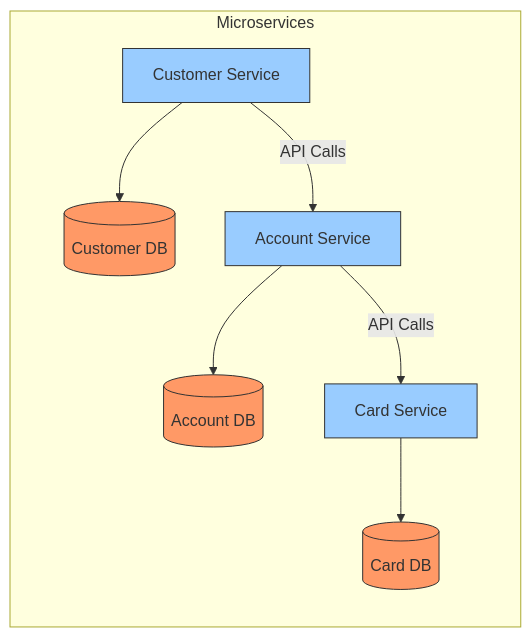
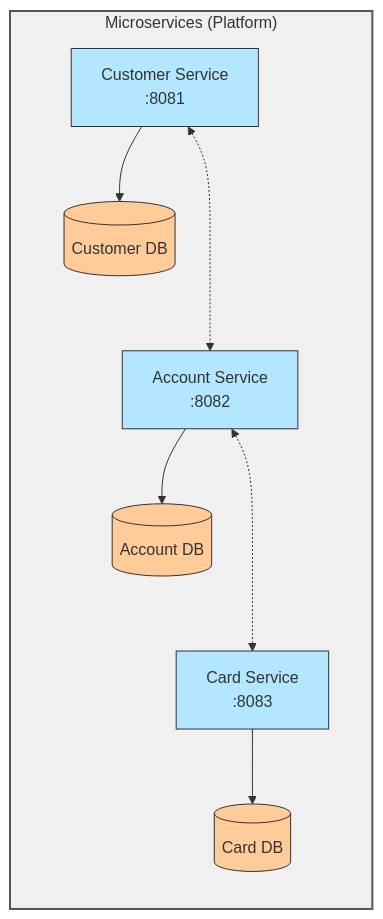
Before and after one commit to AmosMbeki/DTBBankingPlatformTechnicalTest: the diagram in README.md, drawn with Mermaid. The commit also changed other lines of this file, not shown here.

````diff
--- a/README.md
+++ b/README.md
@@ -21,17 +25,20 @@
 ```mermaid
 flowchart LR
-    subgraph Microservices
+    subgraph MICROSERVICES["Microservices (Platform)"]
         direction TB
-        A[Customer Service] --> D[(Customer DB)]
-        B[Account Service] --> E[(Account DB)]
-        C[Card Service] --> F[(Card DB)]
+        CUSTOMER_SERVICE[Customer Service\n:8081] --> CUSTOMER_DB[(Customer DB)]
+        ACCOUNT_SERVICE[Account Service\n:8082] --> ACCOUNT_DB[(Account DB)]
+        CARD_SERVICE[Card Service\n:8083] --> CARD_DB[(Card DB)]
     end
-    A -- API Calls --> B
-    B -- API Calls --> C
-    style A fill:#9cf,stroke:#333
-    style B fill:#9cf,stroke:#333
-    style C fill:#9cf,stroke:#333
-    style D fill:#f96,stroke:#333
-    style E fill:#f96,stroke:#333
-    style F fill:#f96,stroke:#333
+
+    CUSTOMER_SERVICE <-..-> ACCOUNT_SERVICE
+    ACCOUNT_SERVICE <-..-> CARD_SERVICE
+
+    style MICROSERVICES fill:#f0f0f0,stroke:#555,stroke-width:2px
+    style CUSTOMER_SERVICE fill:#b3e6ff,stroke:#333
+    style ACCOUNT_SERVICE fill:#b3e6ff,stroke:#333
+    style CARD_SERVICE fill:#b3e6ff,stroke:#333
+    style CUSTOMER_DB fill:#ffcc99,stroke:#333
+    style ACCOUNT_DB fill:#ffcc99,stroke:#333
+    style CARD_DB fill:#ffcc99,stroke:#333
 ```
````
